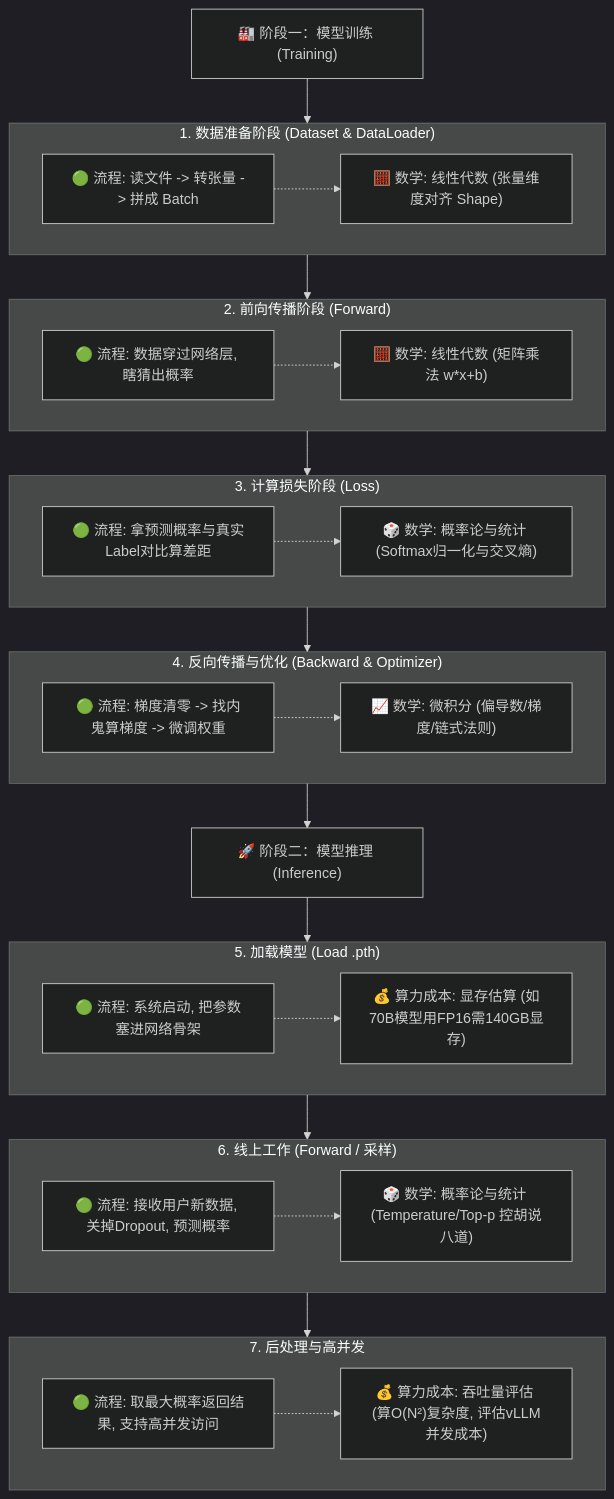
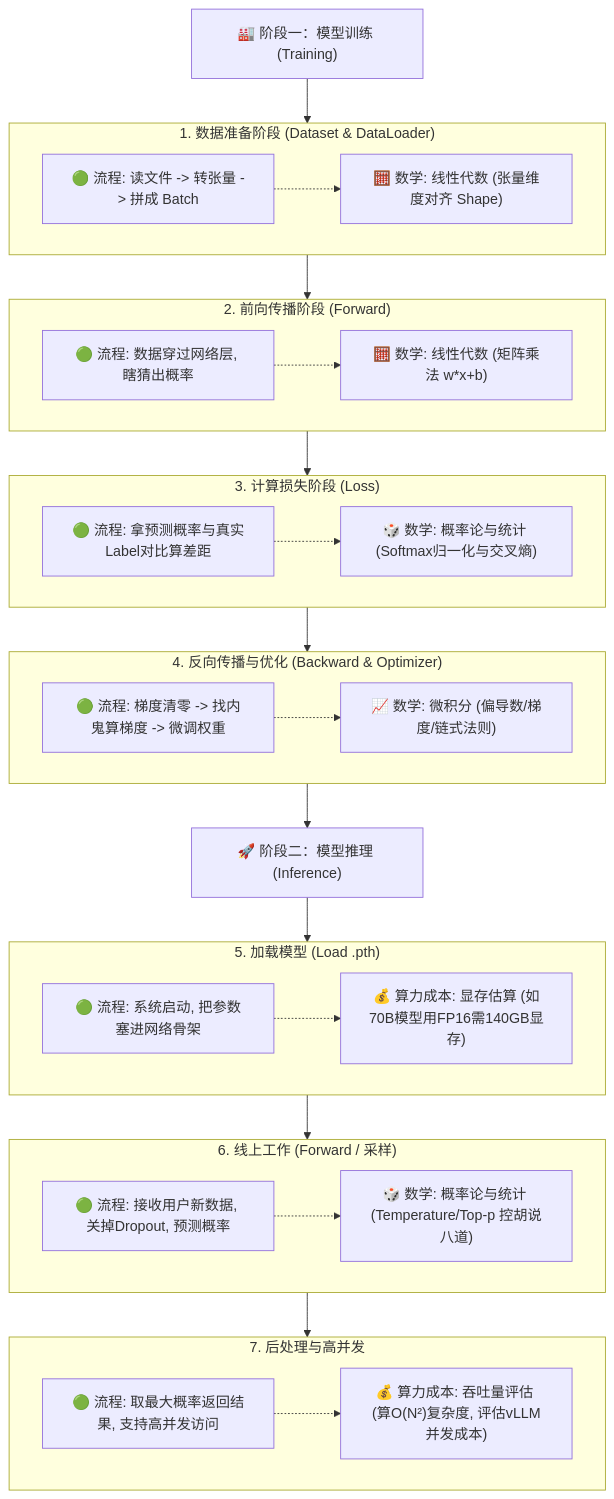
One commit to osotoo/AI-Stack changed the second of 3 diagrams in README.md. Above: the diagram before and after it, drawn with Mermaid. The commit also changed other lines of this file, not shown here.

Commit message:
docs(readme): 流程图统一为默认浅色主题

````diff
--- a/README.md
+++ b/README.md
@@ -151,65 +150,64 @@
 ```mermaid
-%%{init: {'theme': 'dark'}}%%
 flowchart TD
     %% ================= 训练阶段 =================
     Stage1["🏭 阶段一：模型训练 (Training)"]
 
     subgraph TrainRow1 ["1. 数据准备阶段 (Dataset & DataLoader)"]
         direction LR
         F1["🟢 流程: 读文件 -> 转张量 -> 拼成 Batch"]
         M1["🧮 数学: 线性代数 (张量维度对齐 Shape)"]
         F1 -.-> M1
     end
 
     subgraph TrainRow2 ["2. 前向传播阶段 (Forward)"]
         direction LR
         F2["🟢 流程: 数据穿过网络层, 瞎猜出概率"]
         M2["🧮 数学: 线性代数 (矩阵乘法 w*x+b)"]
         F2 -.-> M2
     end
 
     subgraph TrainRow3 ["3. 计算损失阶段 (Loss)"]
         direction LR
         F3["🟢 流程: 拿预测概率与真实Label对比算差距"]
         M3["🎲 数学: 概率论与统计 (Softmax归一化与交叉熵)"]
         F3 -.-> M3
     end
 
     subgraph TrainRow4 ["4. 反向传播与优化 (Backward & Optimizer)"]
         direction LR
         F4["🟢 流程: 梯度清零 -> 找内鬼算梯度 -> 微调权重"]
         M4["📈 数学: 微积分 (偏导数/梯度/链式法则)"]
         F4 -.-> M4
     end
 
     %% ================= 推理阶段 =================
     Stage2["🚀 阶段二：模型推理 (Inference)"]
 
     subgraph InferRow1 ["5. 加载模型 (Load .pth)"]
         direction LR
         I1["🟢 流程: 系统启动, 把参数塞进网络骨架"]
         N1["💰 算力成本: 显存估算 (如70B模型用FP16需140GB显存)"]
         I1 -.-> N1
     end
 
     subgraph InferRow2 ["6. 线上工作 (Forward / 采样)"]
         direction LR
         I2["🟢 流程: 接收用户新数据, 关掉Dropout, 预测概率"]
         N2["🎲 数学: 概率论与统计 (Temperature/Top-p 控胡说八道)"]
         I2 -.-> N2
     end
 
     subgraph InferRow3 ["7. 后处理与高并发"]
         direction LR
         I3["🟢 流程: 取最大概率返回结果, 支持高并发访问"]
         N3["💰 算力成本: 吞吐量评估 (算O(N²)复杂度, 评估vLLM并发成本)"]
         I3 -.-> N3
     end
 
     %% 阶段连线
     Stage1 --> TrainRow1
     TrainRow1 --> TrainRow2 --> TrainRow3 --> TrainRow4
     TrainRow4 --> Stage2
     Stage2 --> InferRow1
     InferRow1 --> InferRow2 --> InferRow3
 ```
````
